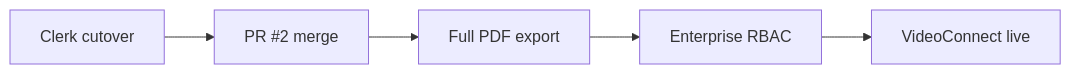
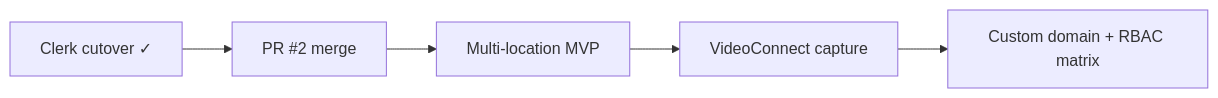
The diagram in docs/PHASE_5_ROADMAP.md (contractorcomplianceco-cmyk/bidintelligenceos), drawn with Mermaid before and after one commit. The commit also changed other lines of this file and 3 other files, not shown here.

````diff
--- a/docs/PHASE_5_ROADMAP.md
+++ b/docs/PHASE_5_ROADMAP.md
@@ -151,7 +92,7 @@
 ```mermaid
 flowchart LR
-  A[Clerk cutover] --> B[PR #2 merge]
-  B --> C[Full PDF export]
-  C --> D[Enterprise RBAC]
-  D --> E[VideoConnect live]
+  A[Clerk cutover ✓] --> B[PR #2 merge]
+  B --> C[Multi-location MVP]
+  C --> D[VideoConnect capture]
+  D --> E[Custom domain + RBAC matrix]
 ```
````
